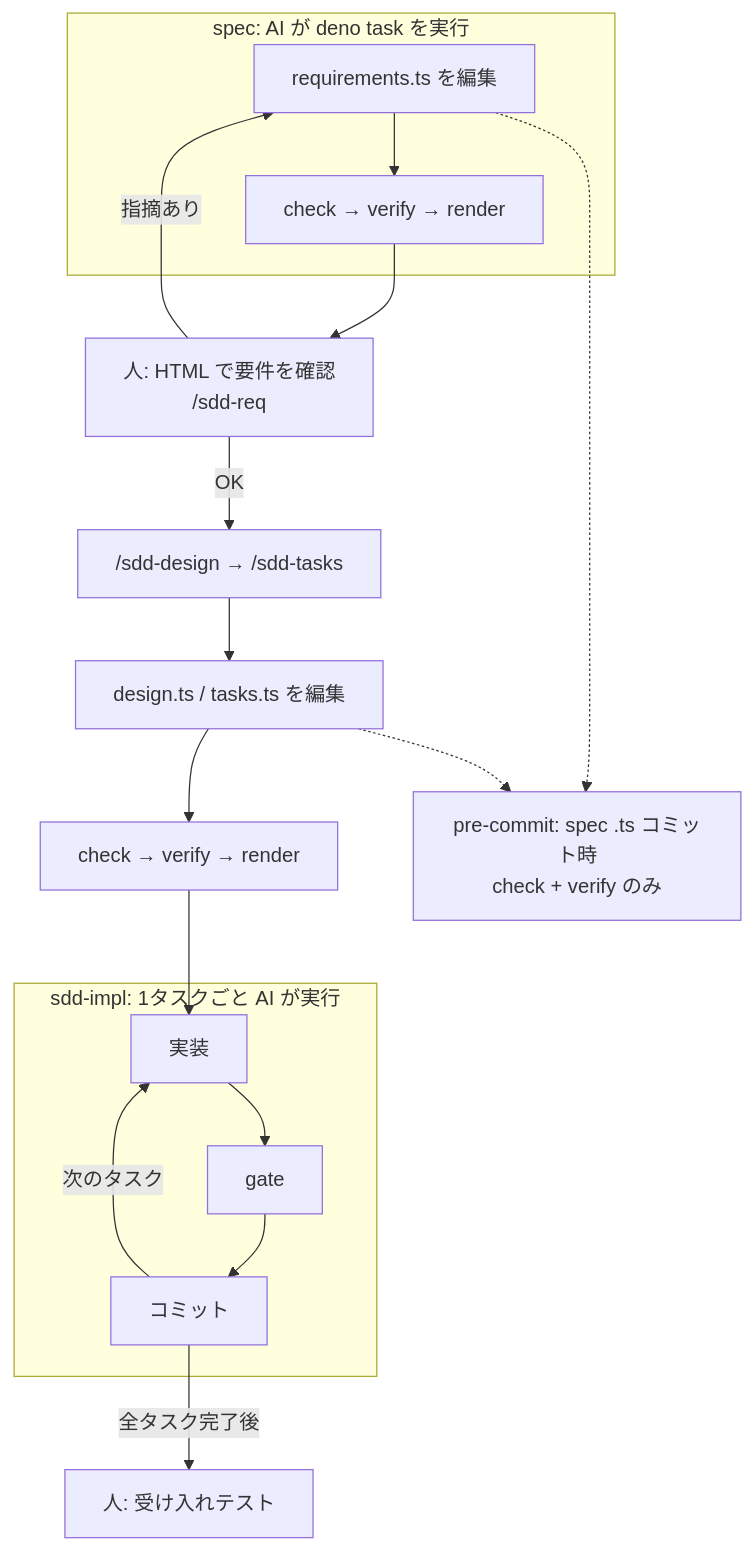
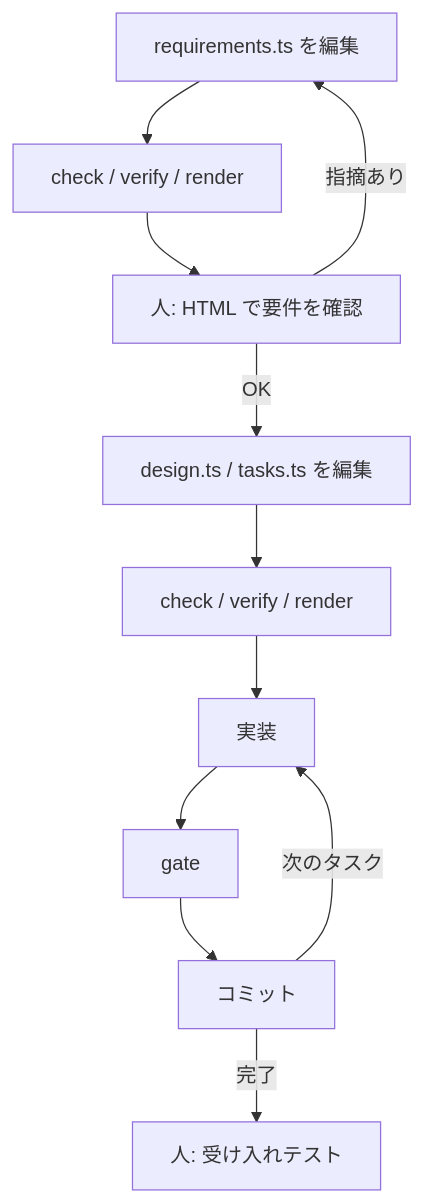
One commit to paterapatera/zenn-docs changed the diagram in articles/66e754792c0d09.md. Above: the diagram before and after it, drawn with Mermaid. The commit also changed other lines of this file and 207 other files, not shown here.

````diff
--- a/articles/66e754792c0d09.md
+++ b/articles/66e754792c0d09.md
@@ -249,35 +216,9 @@
 ```mermaid
 flowchart TB
-  subgraph specCmd ["spec: AI が deno task を実行"]
-    Ereq["requirements.ts を編集"]
-    C["check → verify → render"]
-    Ereq --> C
-  end
-
-  HR["人: HTML で要件を確認<br>/sdd-req"]
-  C --> HR
+  Ereq["requirements.ts を編集"] --> C1["check / verify / render"] --> HR["人: HTML で要件を確認"]
   HR -->|指摘あり| Ereq
-  HR -->|OK| DT["/sdd-design → /sdd-tasks"]
-
-  Edt["design.ts / tasks.ts を編集"]
-  DT --> Edt
-  Cdt["check → verify → render"]
-  Edt --> Cdt
-
-  subgraph implCmd ["sdd-impl: 1タスクごと AI が実行"]
-    IMPL["実装"]
-    G["gate"]
-    COMM["コミット"]
-    IMPL --> G --> COMM
-  end
-
-  Cdt --> IMPL
-
-  HU["人: 受け入れテスト"]
+  HR -->|OK| Edt["design.ts / tasks.ts を編集"] --> C2["check / verify / render"] --> IMPL["実装"]
+  IMPL --> G["gate"] --> COMM["コミット"]
   COMM -->|次のタスク| IMPL
-  COMM -->|全タスク完了後| HU
-
-  PC["pre-commit: spec .ts コミット時<br>check + verify のみ"]
-  Ereq -.-> PC
-  Edt -.-> PC
+  COMM -->|完了| HU["人: 受け入れテスト"]
 ```
````
